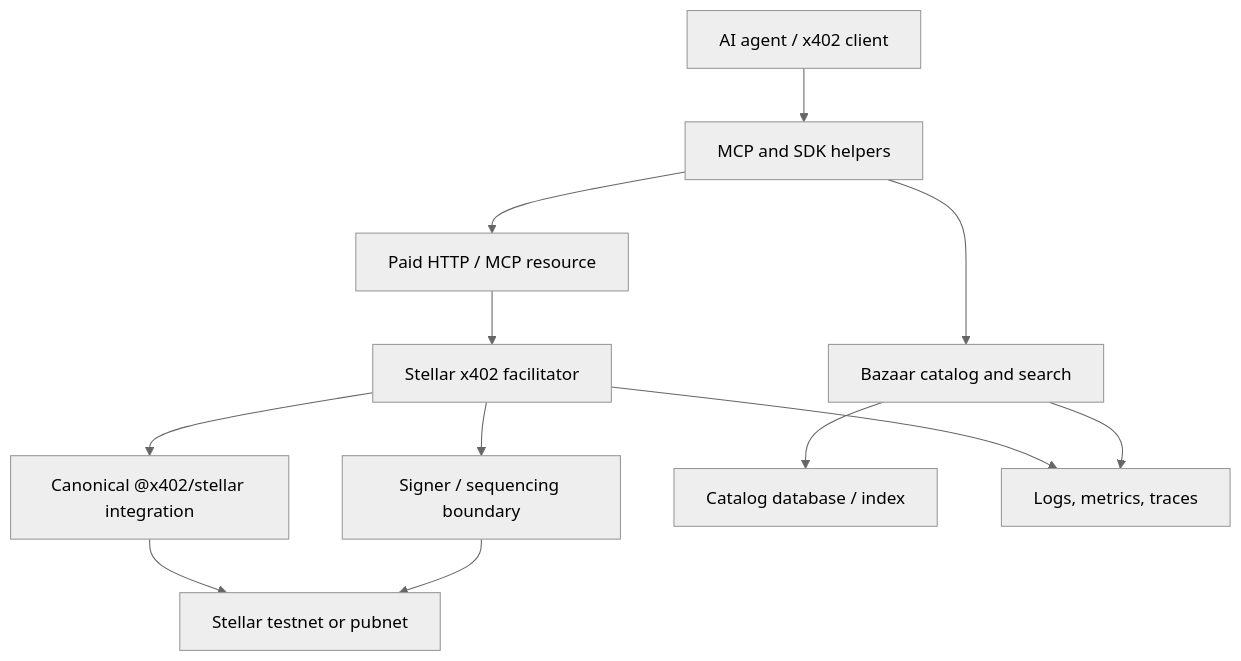
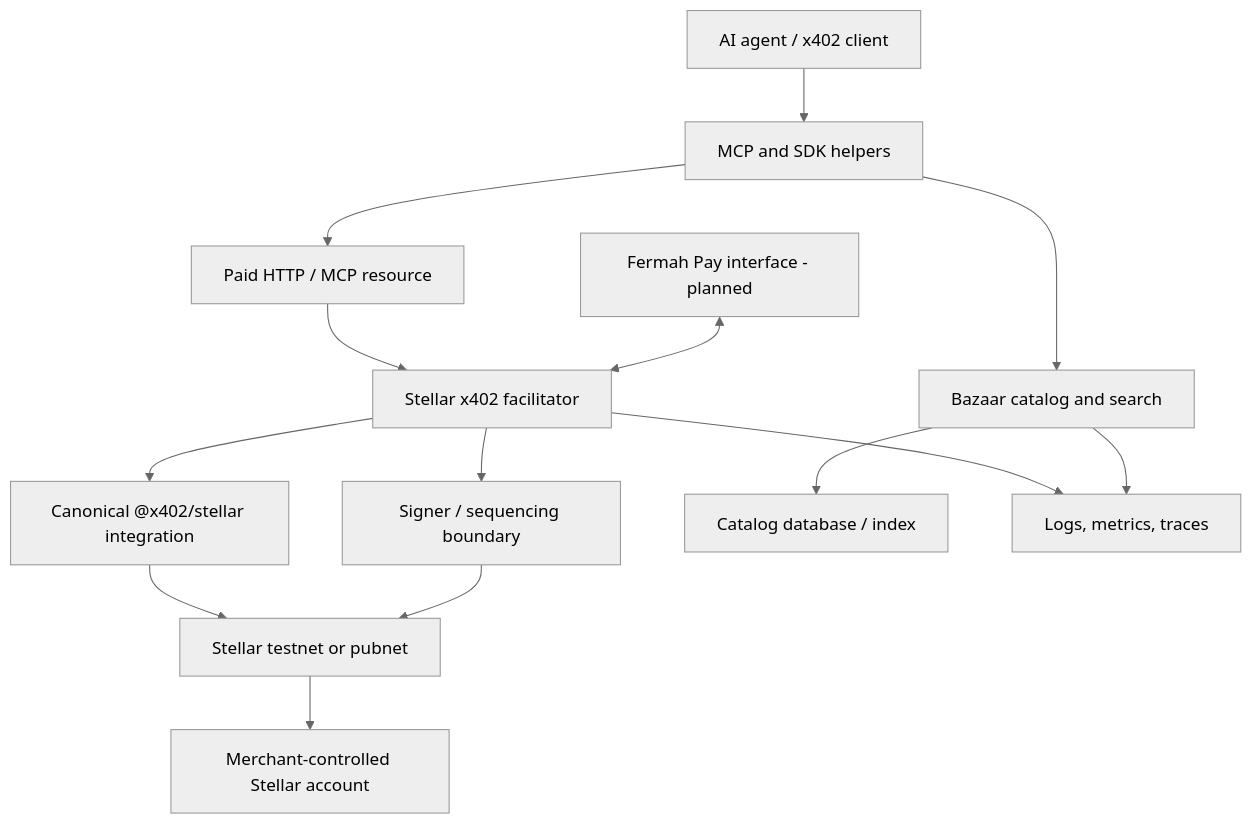
Before and after one commit to AiFinPay/stellar-x402-facilitator: the diagram in docs/grant/SCF45_APPLICATION.md, drawn with Mermaid (neutral theme). The commit also changed other lines of this file, not shown here.

Commit message:
docs: align SCF reference with merchant and Fermah flows

````diff
--- a/docs/grant/SCF45_APPLICATION.md
+++ b/docs/grant/SCF45_APPLICATION.md
@@ -38,14 +41,16 @@
 ```mermaid
 flowchart TD
     A[AI agent / x402 client] --> M[MCP and SDK helpers]
     M --> B[Bazaar catalog and search]
     M --> R[Paid HTTP / MCP resource]
     R --> F[Stellar x402 facilitator]
     F --> X[Canonical @x402/stellar integration]
     F --> Q[Signer / sequencing boundary]
     X --> S[Stellar testnet or pubnet]
     Q --> S
     B --> D[Catalog database / index]
     F --> O[Logs, metrics, traces]
     B --> O
+    S --> H[Merchant-controlled Stellar account]
+    P[Fermah Pay interface - planned] <--> F
 ```
````
